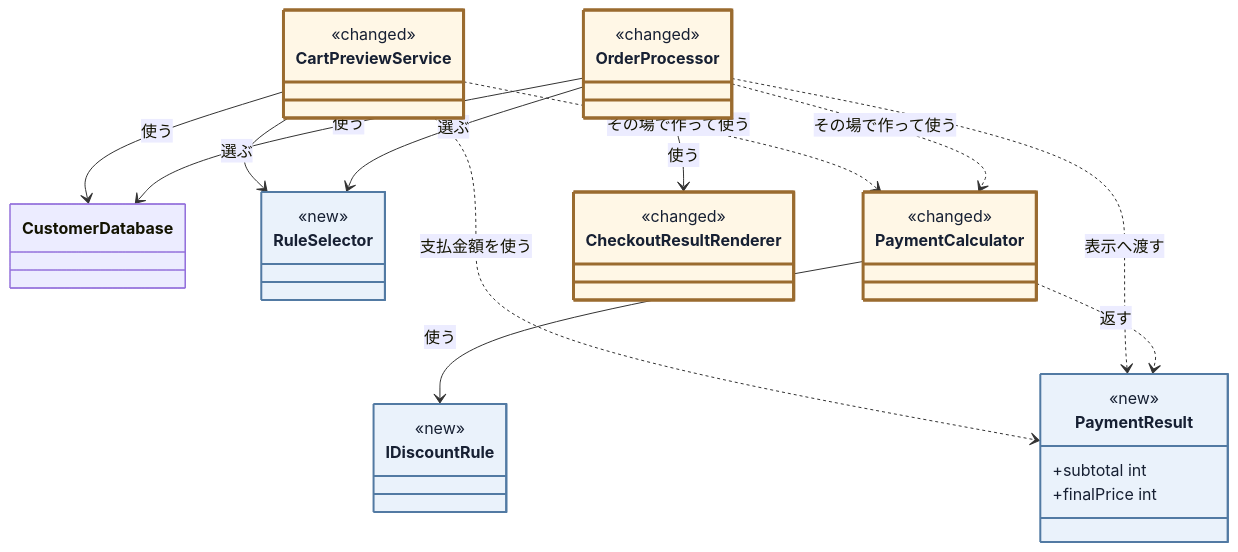
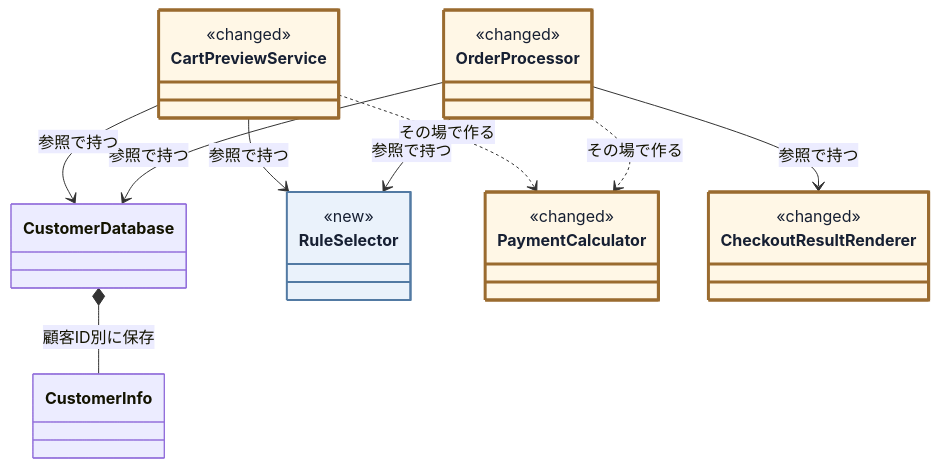
Before and after one commit to kumachan1101-pixel/DesignPattern: diagram 13 of 18 in kindle/design-patterns/books/volume01-core-patterns/output/03-chapter01.md, drawn with Mermaid. The commit also changed other lines of this file and 7 other files, not shown here.

````diff
--- a/kindle/design-patterns/books/volume01-core-patterns/output/03-chapter01.md
+++ b/kindle/design-patterns/books/volume01-core-patterns/output/03-chapter01.md
@@ -1732,43 +1762,32 @@
 ```mermaid
 classDiagram
     direction TB
     class OrderProcessor:::touched {
         <<changed>>
     }
     class CartPreviewService:::touched {
         <<changed>>
     }
     class CustomerDatabase
+    class CustomerInfo
     class RuleSelector:::added {
         <<new>>
     }
     class PaymentCalculator:::touched {
         <<changed>>
     }
-    class PaymentResult:::added {
-        <<new>>
-        +subtotal int
-        +finalPrice int
-    }
     class CheckoutResultRenderer:::touched {
         <<changed>>
     }
-    class IDiscountRule:::added {
-        <<new>>
-        <<interface>>
-    }
-    OrderProcessor --> CustomerDatabase : 使う
-    OrderProcessor --> RuleSelector : 選ぶ
-    OrderProcessor ..> PaymentCalculator : その場で作って使う
-    OrderProcessor --> CheckoutResultRenderer : 使う
-    CartPreviewService --> CustomerDatabase : 使う
-    CartPreviewService --> RuleSelector : 選ぶ
-    CartPreviewService ..> PaymentCalculator : その場で作って使う
-    PaymentCalculator --> IDiscountRule : 使う
-    PaymentCalculator ..> PaymentResult : 返す
-    OrderProcessor ..> PaymentResult : 表示へ渡す
-    CartPreviewService ..> PaymentResult : 支払金額を使う
+    OrderProcessor --> CustomerDatabase : 参照で持つ
+    OrderProcessor --> RuleSelector : 参照で持つ
+    OrderProcessor --> CheckoutResultRenderer : 参照で持つ
+    OrderProcessor ..> PaymentCalculator : その場で作る
+    CartPreviewService --> CustomerDatabase : 参照で持つ
+    CartPreviewService --> RuleSelector : 参照で持つ
+    CartPreviewService ..> PaymentCalculator : その場で作る
+    CustomerDatabase *-- CustomerInfo : 顧客ID別に保存
 
     classDef added fill:#eaf2fb,stroke:#527aa3,stroke-width:2px,color:#172033;
     classDef touched fill:#fff7e6,stroke:#9a6b2f,stroke-width:3px,color:#172033;
 ```
````
